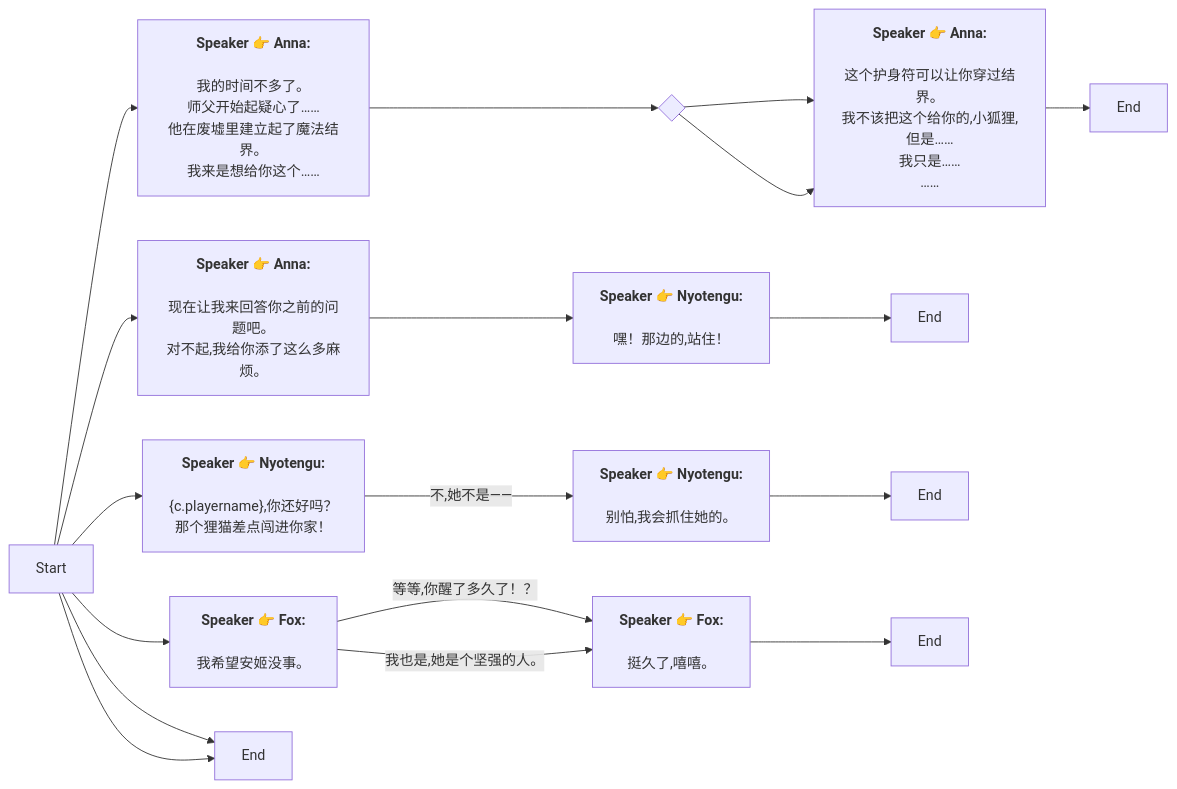
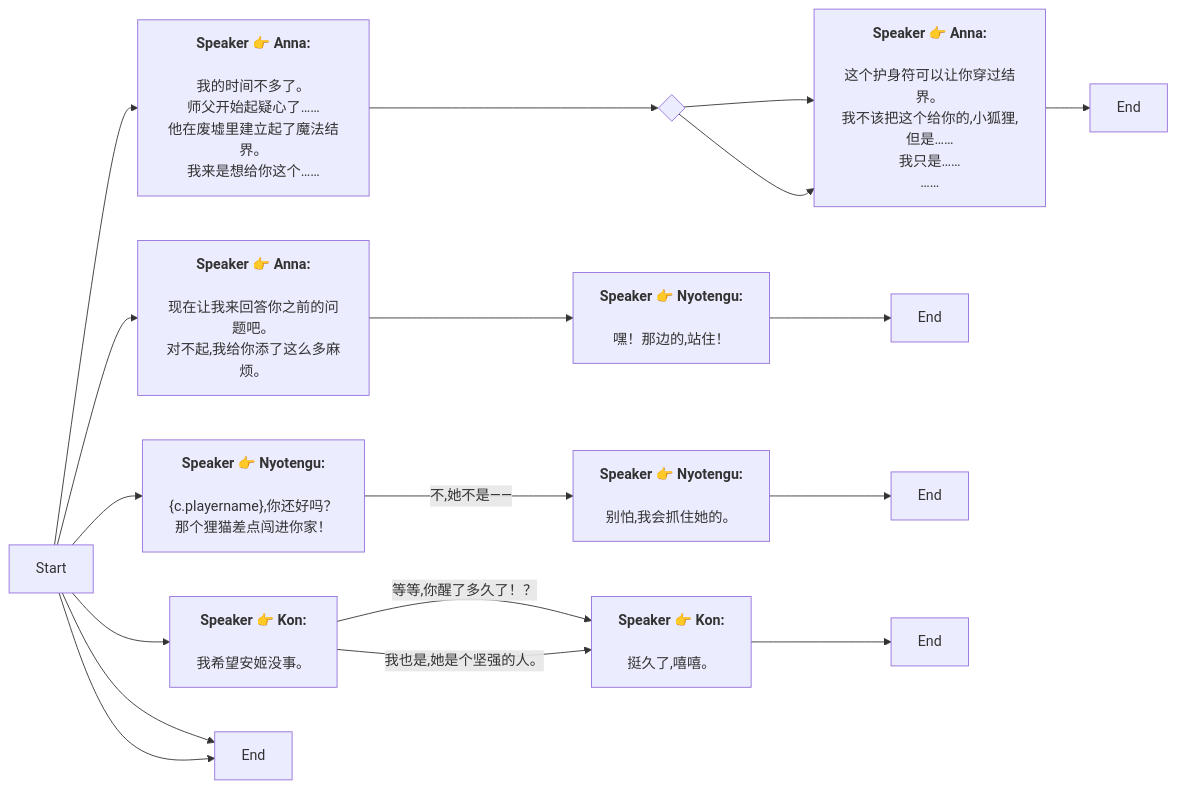
The diagram in Zh/heart_4_6_2_7.md (SoftHu/tos_avg), drawn with Mermaid before and after one commit. The commit also changed 730 other files, not shown here.

````diff
--- a/Zh/heart_4_6_2_7.md
+++ b/Zh/heart_4_6_2_7.md
@@ -1,31 +1,31 @@
 ```mermaid
 graph LR
 Start -->1766666176024857[<b>Speaker 👉 Anna:</b>
 \n我的时间不多了。\n师父开始起疑心了……\n他在废墟里建立起了魔法结界。\n我来是想给你这个……]
 1766666176024857 -->1766666268727578{ }
 1766666268727578 -->1766666297190683[<b>Speaker 👉 Anna:</b>
 \n这个护身符可以让你穿过结界。\n我不该把这个给你的,小狐狸,但是……\n我只是……\n……]
 1766666268727578 -->1766666297190683[<b>Speaker 👉 Anna:</b>
 \n这个护身符可以让你穿过结界。\n我不该把这个给你的,小狐狸,但是……\n我只是……\n……]
 1766666297190683 -->1768080357891162[End]
 Start -->1766672157337891[<b>Speaker 👉 Anna:</b>
 \n现在让我来回答你之前的问题吧。\n对不起,我给你添了这么多麻烦。]
 1766672157337891 -->1766672484067623[<b>Speaker 👉 Nyotengu:</b>
 \n嘿！那边的,站住！]
 1766672484067623 -->1766681055228200[End]
 Start -->1766681208037674[<b>Speaker 👉 Nyotengu:</b>
 \n&lbrace;c.playername&rbrace;,你还好吗？\n那个狸猫差点闯进你家！]
 1766681208037674 -->|不,她不是——|1766681252663598[<b>Speaker 👉 Nyotengu:</b>
 \n别怕,我会抓住她的。]
 1766681252663598 -->1766681271604527[End]
-Start -->1766681352883506[<b>Speaker 👉 Fox:</b>
+Start -->1766681352883506[<b>Speaker 👉 Kon:</b>
 \n我希望安姬没事。]
-1766681352883506 -->|等等,你醒了多久了！？|1766681464737083[<b>Speaker 👉 Fox:</b>
+1766681352883506 -->|等等,你醒了多久了！？|1766681464737083[<b>Speaker 👉 Kon:</b>
 \n挺久了,嘻嘻。]
-1766681352883506 -->|我也是,她是个坚强的人。|1766681464737083[<b>Speaker 👉 Fox:</b>
+1766681352883506 -->|我也是,她是个坚强的人。|1766681464737083[<b>Speaker 👉 Kon:</b>
 \n挺久了,嘻嘻。]
 1766681464737083 -->1766681281528113[End]
 Start -->1766666320771356[End]
 Start -->1766666320771356[End]
 
 ```
````
